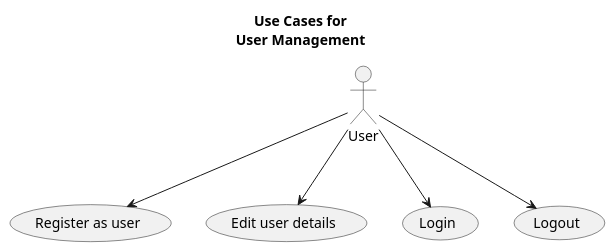
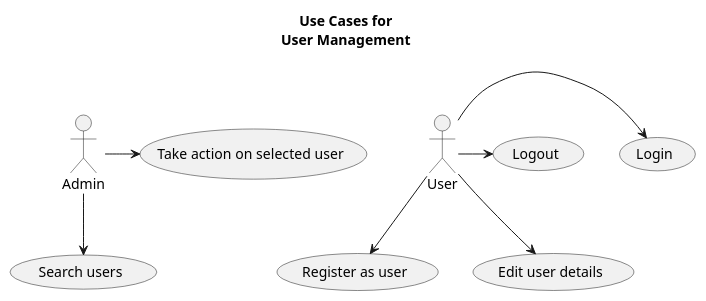
Diagram 19 of 40 in doc/worg/org-contrib/gsoc2012/student-projects/bugpile/i.org (bzg/bugpile), drawn with PlantUML before and after one commit. The commit also changed other lines of this file and 2 other files, not shown here.

Commit message:
i.org tutorial on worg: use case diagrams written.

```diff
--- a/doc/worg/org-contrib/gsoc2012/student-projects/bugpile/i.org
+++ b/doc/worg/org-contrib/gsoc2012/student-projects/bugpile/i.org
@@ -959,13 +956,17 @@
 #+begin_src plantuml :file ../../../../images/gsoc/2012/bugpile/user-management-uml-uc.png
   title Use Cases for\n<b>User Management</b>
 
   usecase (Register as user) as (Reg)
   usecase (Edit user details) as (Ed)
   usecase (Login) as (In)
   usecase (Logout) as (Out)
+  usecase (Search users) as (Search)
+  usecase (Take action on selected user) as (Act)
 
+  Admin --> (Search)
+  Admin -> (Act)
   User --> (Reg) 
   User --> (Ed) 
-  User --> (In) 
-  User --> (Out) 
+  User -> (In) 
+  User -> (Out) 
 #+end_src
```
